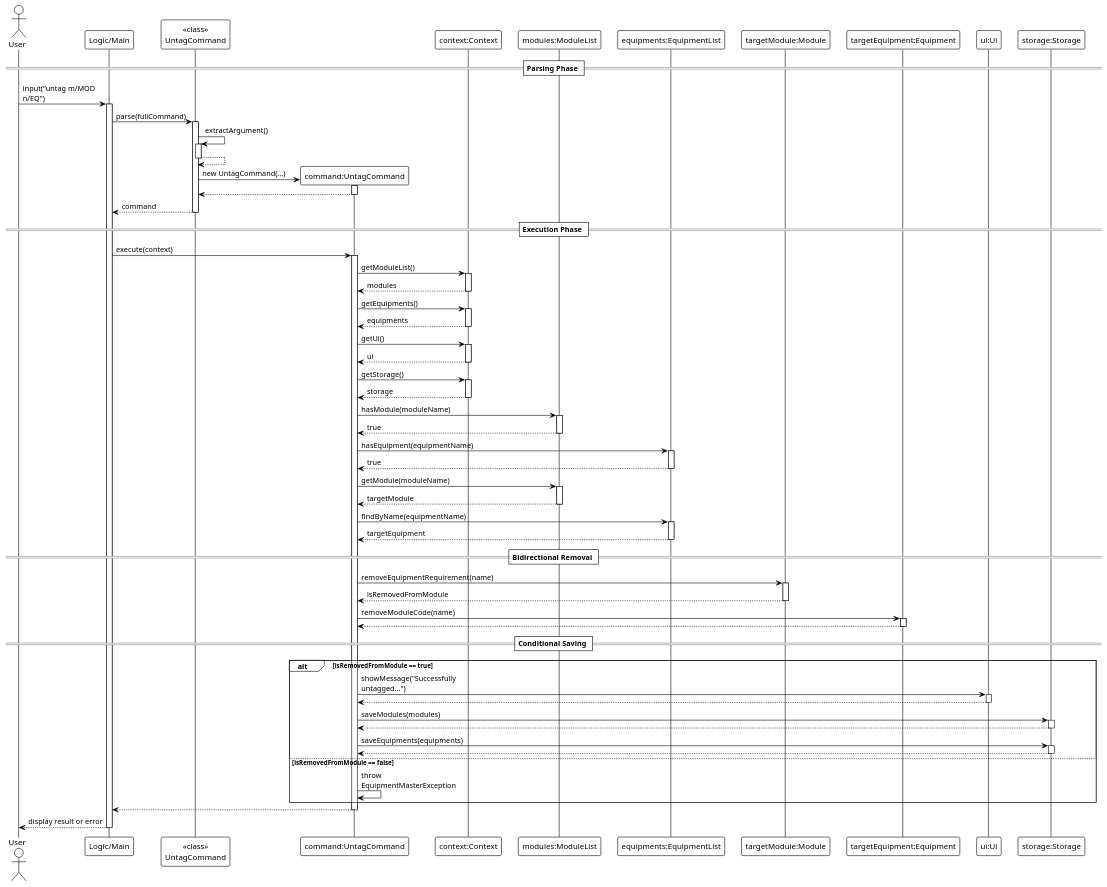
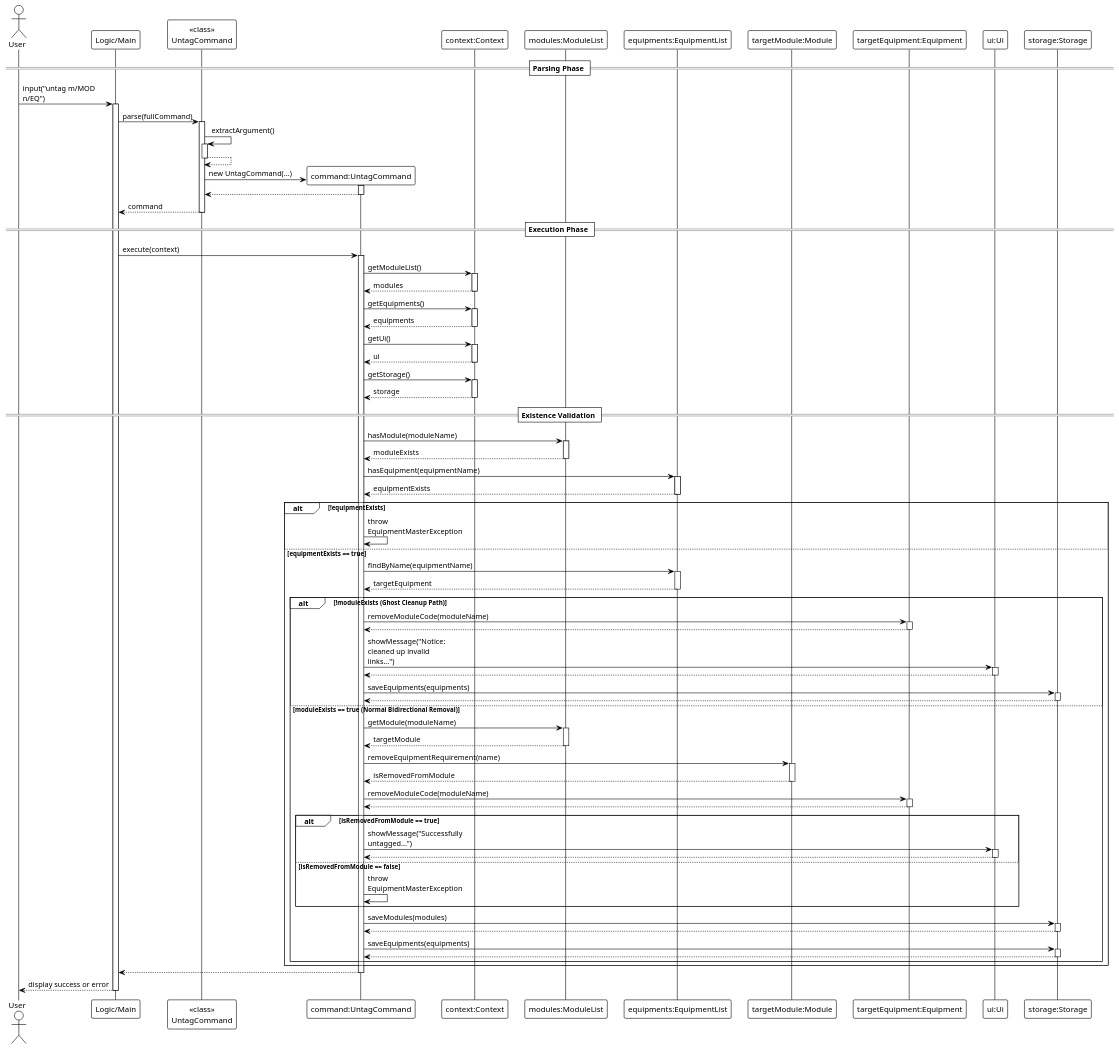
The diagram in docs/UMLs/UntagCommand.puml (zhanhong03/tp), drawn with PlantUML before and after one commit. The commit also changed 1 other file, not shown here.

Commit message:
Update tag and untag command sequence diagram

```diff
--- a/docs/UMLs/UntagCommand.puml
+++ b/docs/UMLs/UntagCommand.puml
@@ -1,119 +1,141 @@
 @startuml
 !theme plain
 skinparam maxMessageSize 150
 
 actor User
 participant "Logic/Main" as Logic
 participant "<<class>>\nUntagCommand" as UntagCommandClass
 participant "command:UntagCommand" as UntagCommand
 participant "context:Context" as Context
 participant "modules:ModuleList" as ModuleList
 participant "equipments:EquipmentList" as EquipmentList
 participant "targetModule:Module" as Module
 participant "targetEquipment:Equipment" as Equipment
 participant "ui:Ui" as Ui
 participant "storage:Storage" as Storage
 
 == Parsing Phase ==
 User -> Logic : input("untag m/MOD n/EQ")
 activate Logic
 
 Logic -> UntagCommandClass : parse(fullCommand)
 activate UntagCommandClass
 
 UntagCommandClass -> UntagCommandClass : extractArgument()
 activate UntagCommandClass
 UntagCommandClass --> UntagCommandClass
 deactivate UntagCommandClass
 
 create UntagCommand
 UntagCommandClass -> UntagCommand : new UntagCommand(...)
 activate UntagCommand
 UntagCommand --> UntagCommandClass
 deactivate UntagCommand
 
 UntagCommandClass --> Logic : command
 deactivate UntagCommandClass
 
 == Execution Phase ==
 Logic -> UntagCommand : execute(context)
 activate UntagCommand
 
 UntagCommand -> Context : getModuleList()
 activate Context
 Context --> UntagCommand : modules
 deactivate Context
 
 UntagCommand -> Context : getEquipments()
 activate Context
 Context --> UntagCommand : equipments
 deactivate Context
 
 UntagCommand -> Context : getUi()
 activate Context
 Context --> UntagCommand : ui
 deactivate Context
 
 UntagCommand -> Context : getStorage()
 activate Context
 Context --> UntagCommand : storage
 deactivate Context
 
+== Existence Validation ==
 UntagCommand -> ModuleList : hasModule(moduleName)
 activate ModuleList
-ModuleList --> UntagCommand : true
+ModuleList --> UntagCommand : moduleExists
 deactivate ModuleList
 
 UntagCommand -> EquipmentList : hasEquipment(equipmentName)
 activate EquipmentList
-EquipmentList --> UntagCommand : true
+EquipmentList --> UntagCommand : equipmentExists
 deactivate EquipmentList
 
-UntagCommand -> ModuleList : getModule(moduleName)
-activate ModuleList
-ModuleList --> UntagCommand : targetModule
-deactivate ModuleList
+alt !equipmentExists
+    UntagCommand -> UntagCommand : throw EquipmentMasterException
+else equipmentExists == true
 
-UntagCommand -> EquipmentList : findByName(equipmentName)
-activate EquipmentList
-EquipmentList --> UntagCommand : targetEquipment
-deactivate EquipmentList
+    UntagCommand -> EquipmentList : findByName(equipmentName)
+    activate EquipmentList
+    EquipmentList --> UntagCommand : targetEquipment
+    deactivate EquipmentList
 
-== Bidirectional Removal ==
-UntagCommand -> Module : removeEquipmentRequirement(name)
-activate Module
-Module --> UntagCommand : isRemovedFromModule
-deactivate Module
+    alt !moduleExists (Ghost Cleanup Path)
+        UntagCommand -> Equipment : removeModuleCode(moduleName)
+        activate Equipment
+        Equipment --> UntagCommand
+        deactivate Equipment
 
-UntagCommand -> Equipment : removeModuleCode(name)
-activate Equipment
-Equipment --> UntagCommand
-deactivate Equipment
+        UntagCommand -> Ui : showMessage("Notice: cleaned up invalid links...")
+        activate Ui
+        Ui --> UntagCommand
+        deactivate Ui
 
-== Conditional Saving ==
-alt isRemovedFromModule == true
-    UntagCommand -> Ui : showMessage("Successfully untagged...")
-    activate Ui
-    Ui --> UntagCommand
-    deactivate Ui
+        UntagCommand -> Storage : saveEquipments(equipments)
+        activate Storage
+        Storage --> UntagCommand
+        deactivate Storage
 
-    UntagCommand -> Storage : saveModules(modules)
-    activate Storage
-    Storage --> UntagCommand
-    deactivate Storage
+    else moduleExists == true (Normal Bidirectional Removal)
+        UntagCommand -> ModuleList : getModule(moduleName)
+        activate ModuleList
+        ModuleList --> UntagCommand : targetModule
+        deactivate ModuleList
 
-    UntagCommand -> Storage : saveEquipments(equipments)
-    activate Storage
-    Storage --> UntagCommand
-    deactivate Storage
-else isRemovedFromModule == false
-    UntagCommand -> UntagCommand : throw EquipmentMasterException
+        UntagCommand -> Module : removeEquipmentRequirement(name)
+        activate Module
+        Module --> UntagCommand : isRemovedFromModule
+        deactivate Module
+
+        UntagCommand -> Equipment : removeModuleCode(moduleName)
+        activate Equipment
+        Equipment --> UntagCommand
+        deactivate Equipment
+
+        alt isRemovedFromModule == true
+            UntagCommand -> Ui : showMessage("Successfully untagged...")
+            activate Ui
+            Ui --> UntagCommand
+            deactivate Ui
+        else isRemovedFromModule == false
+            UntagCommand -> UntagCommand : throw EquipmentMasterException
+        end
+
+        UntagCommand -> Storage : saveModules(modules)
+        activate Storage
+        Storage --> UntagCommand
+        deactivate Storage
+
+        UntagCommand -> Storage : saveEquipments(equipments)
+        activate Storage
+        Storage --> UntagCommand
+        deactivate Storage
+    end
 end
 
 UntagCommand --> Logic
 deactivate UntagCommand
 
-Logic --> User : display result or error
+Logic --> User : display success or error
 deactivate Logic
 
 @enduml
```
